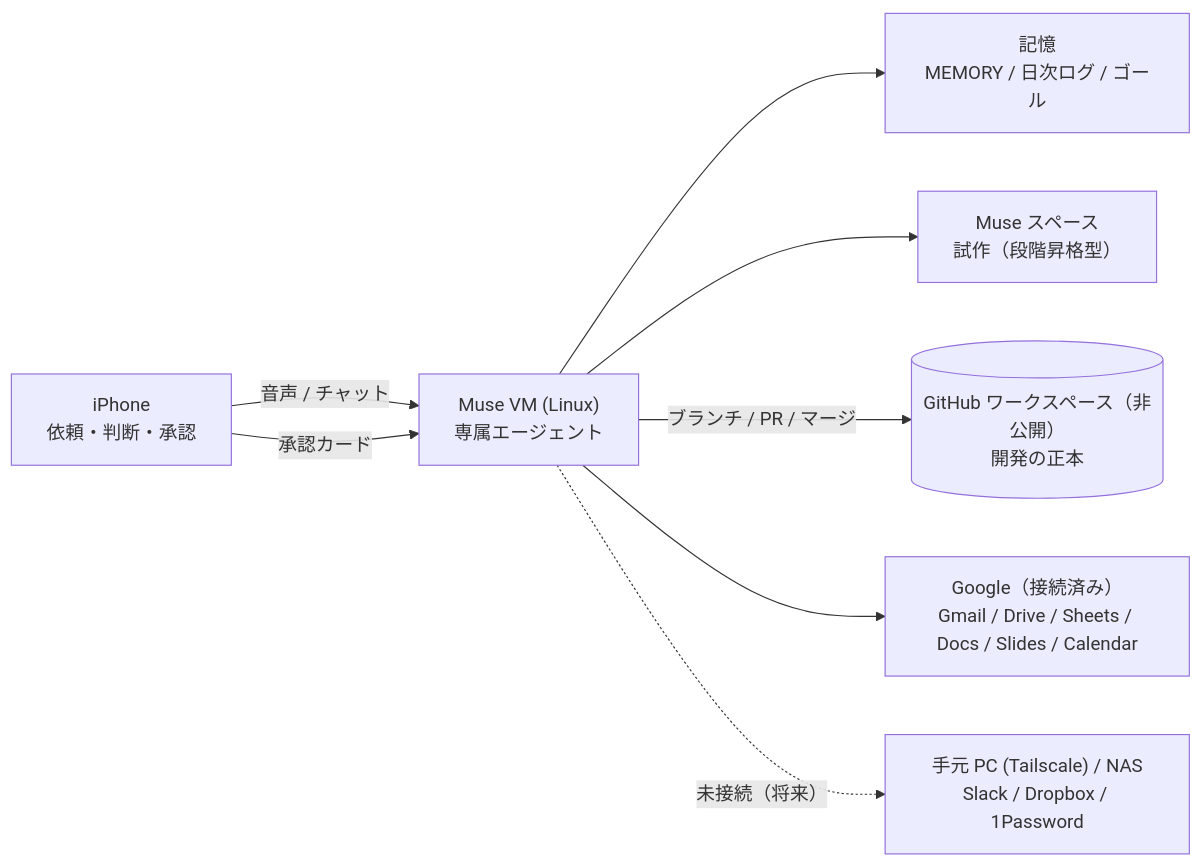
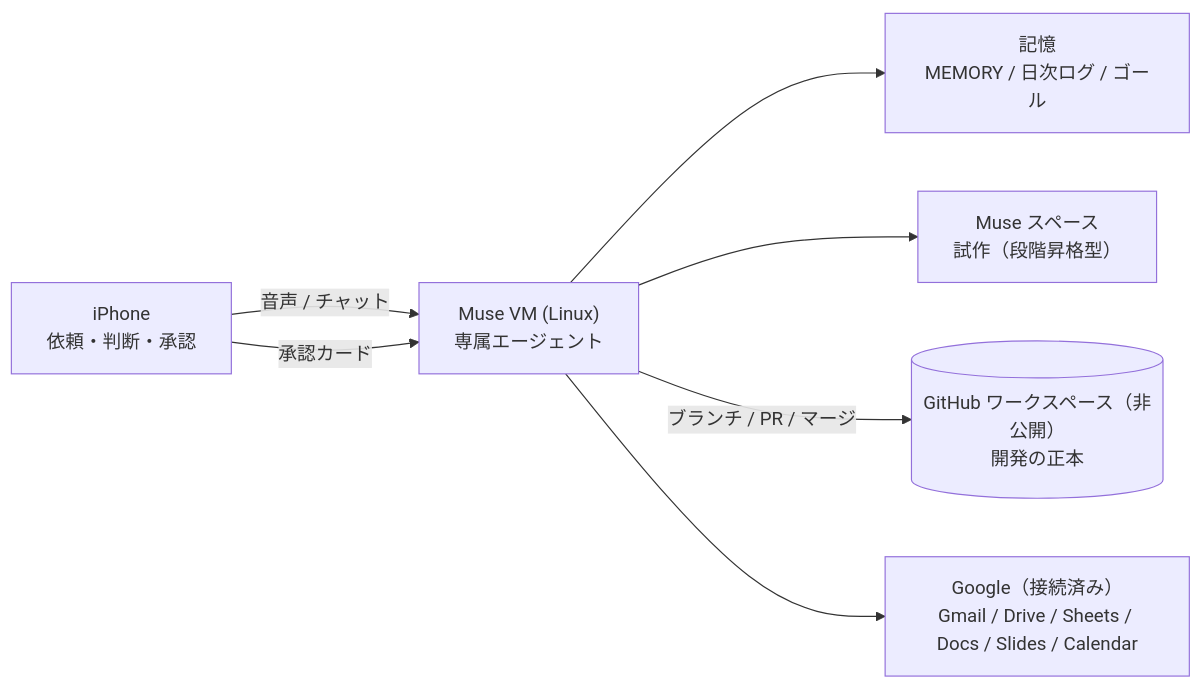
One commit to yasjpn/ai-dev-public changed the diagram in README.md. Above: the diagram before and after it, drawn with Mermaid.

Commit message:
docs: README diagram shows implemented items only

````diff
--- a/README.md
+++ b/README.md
@@ -11,10 +11,9 @@
 ```mermaid
 flowchart LR
     U["iPhone<br/>依頼・判断・承認"] -->|"音声 / チャット"| M["Muse VM (Linux)<br/>専属エージェント"]
     M --> MEM["記憶<br/>MEMORY / 日次ログ / ゴール"]
     M --> S["Muse スペース<br/>試作（段階昇格型）"]
     M -->|"ブランチ / PR / マージ"| R[("GitHub ワークスペース（非公開）<br/>開発の正本")]
     M --> G["Google（接続済み）<br/>Gmail / Drive / Sheets / Docs / Slides / Calendar"]
-    M -.->|"未接続（将来）"| F["手元 PC (Tailscale) / NAS<br/>Slack / Dropbox / 1Password"]
     U -->|"承認カード"| M
 ```
````
